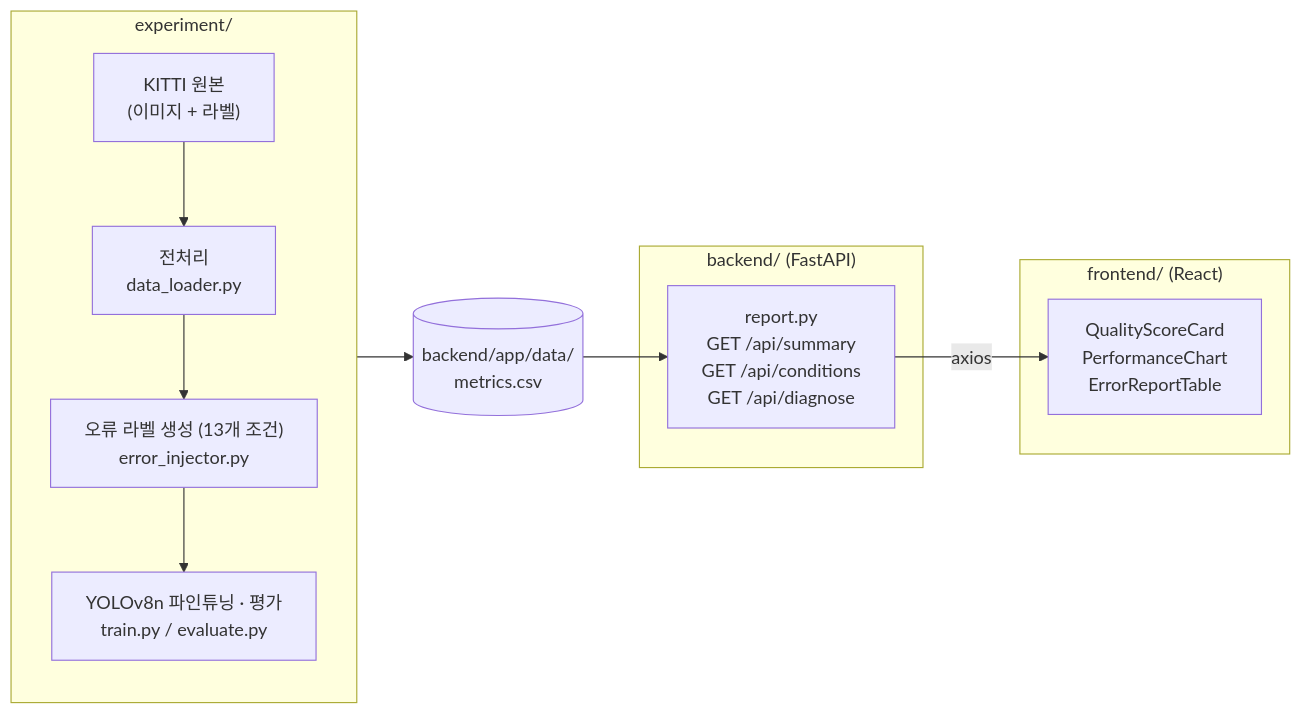
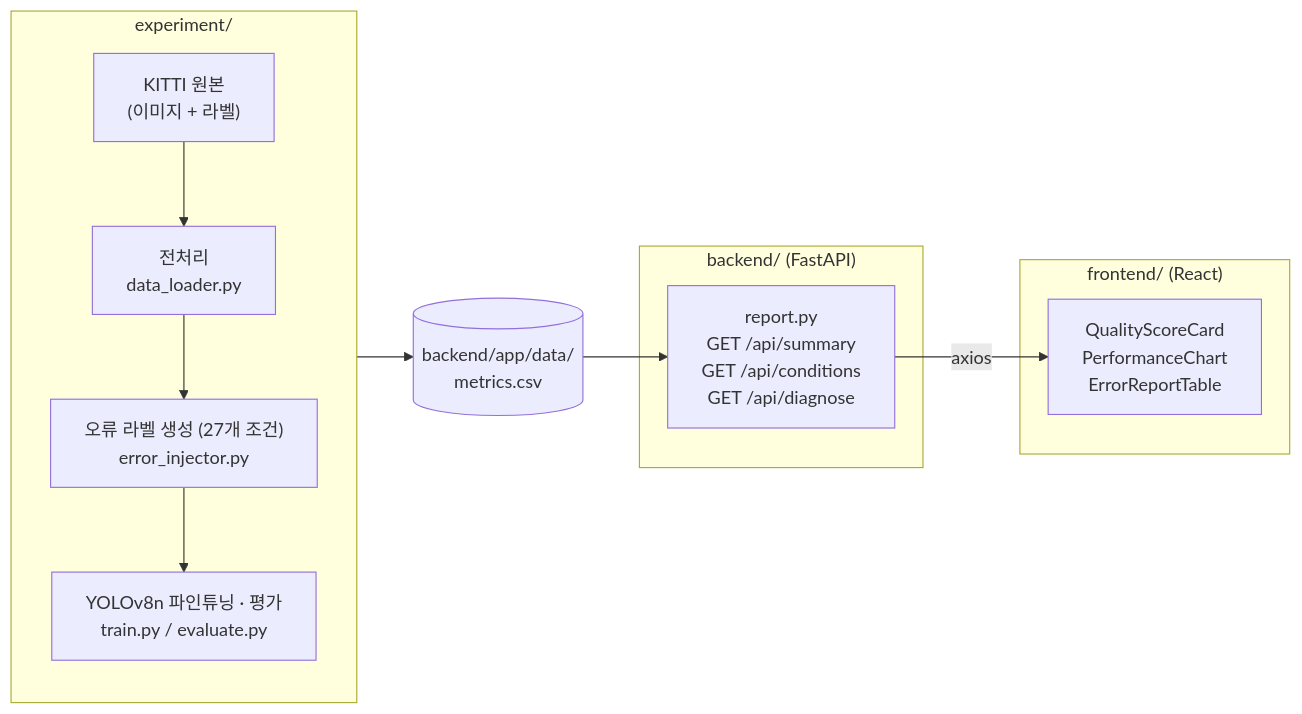
The first of 2 diagrams in README.md (Seongwonp/AIDA), drawn with Mermaid before and after one commit. The commit also changed other lines of this file and 4 other files, not shown here.

````diff
--- a/README.md
+++ b/README.md
@@ -49,20 +49,20 @@
 ```mermaid
 flowchart LR
     subgraph EXP["experiment/"]
         direction TB
         KITTI["KITTI 원본<br/>(이미지 + 라벨)"] --> PRE["전처리<br/>data_loader.py"]
-        PRE --> INJ["오류 라벨 생성 (13개 조건)<br/>error_injector.py"]
+        PRE --> INJ["오류 라벨 생성 (27개 조건)<br/>error_injector.py"]
         INJ --> TRAIN["YOLOv8n 파인튜닝 · 평가<br/>train.py / evaluate.py"]
     end
     TRAIN --> CSV[("backend/app/data/<br/>metrics.csv")]
 
     subgraph BE["backend/ (FastAPI)"]
         API["report.py<br/>GET /api/summary<br/>GET /api/conditions<br/>GET /api/diagnose"]
     end
     CSV --> API
 
     subgraph FE["frontend/ (React)"]
         UI["QualityScoreCard<br/>PerformanceChart<br/>ErrorReportTable"]
     end
     API -->|axios| UI
 ```
````
